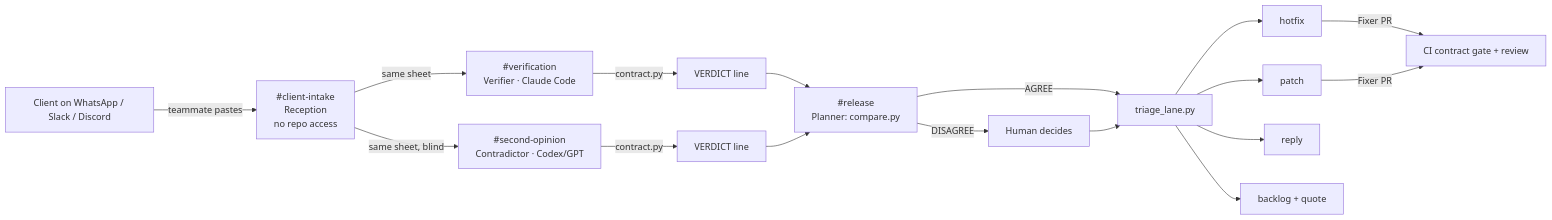
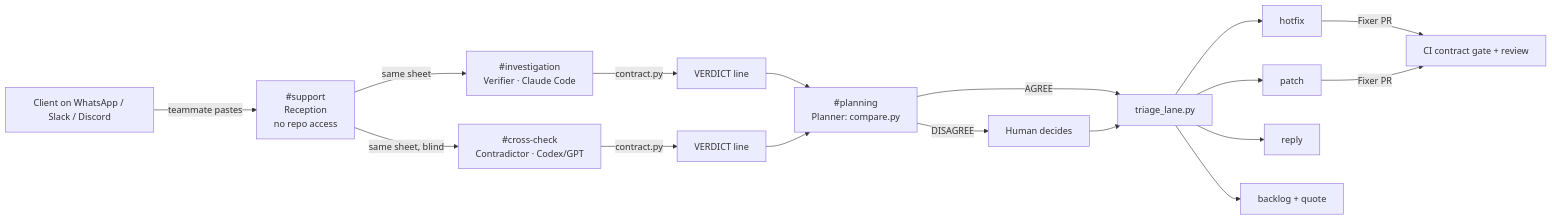
Before and after one commit to ru-ji/scope-firewall: the diagram in README.md, drawn with Mermaid. The commit also changed other lines of this file and 5 other files, not shown here.

Commit message:
Rooms renamed to support, investigation, cross-check, planning; agents know rules F1-F6

````diff
--- a/README.md
+++ b/README.md
@@ -14,14 +14,14 @@
 ```mermaid
 flowchart LR
-  C[Client on WhatsApp / Slack / Discord] -->|teammate pastes| R["#client-intake<br/>Reception<br/>no repo access"]
-  R -->|same sheet| V["#verification<br/>Verifier · Claude Code"]
-  R -->|same sheet, blind| X["#second-opinion<br/>Contradictor · Codex/GPT"]
+  C[Client on WhatsApp / Slack / Discord] -->|teammate pastes| R["#support<br/>Reception<br/>no repo access"]
+  R -->|same sheet| V["#investigation<br/>Verifier · Claude Code"]
+  R -->|same sheet, blind| X["#cross-check<br/>Contradictor · Codex/GPT"]
   V -->|contract.py| L1[VERDICT line]
   X -->|contract.py| L2[VERDICT line]
-  L1 & L2 --> P["#release<br/>Planner: compare.py"]
+  L1 & L2 --> P["#planning<br/>Planner: compare.py"]
   P -->|DISAGREE| H[Human decides]
   P -->|AGREE| T[triage_lane.py]
   H --> T
   T --> HF[hotfix] & PA[patch] & RE[reply] & BL[backlog + quote]
   HF & PA -->|Fixer PR| CI[CI contract gate + review]
 ```
````
